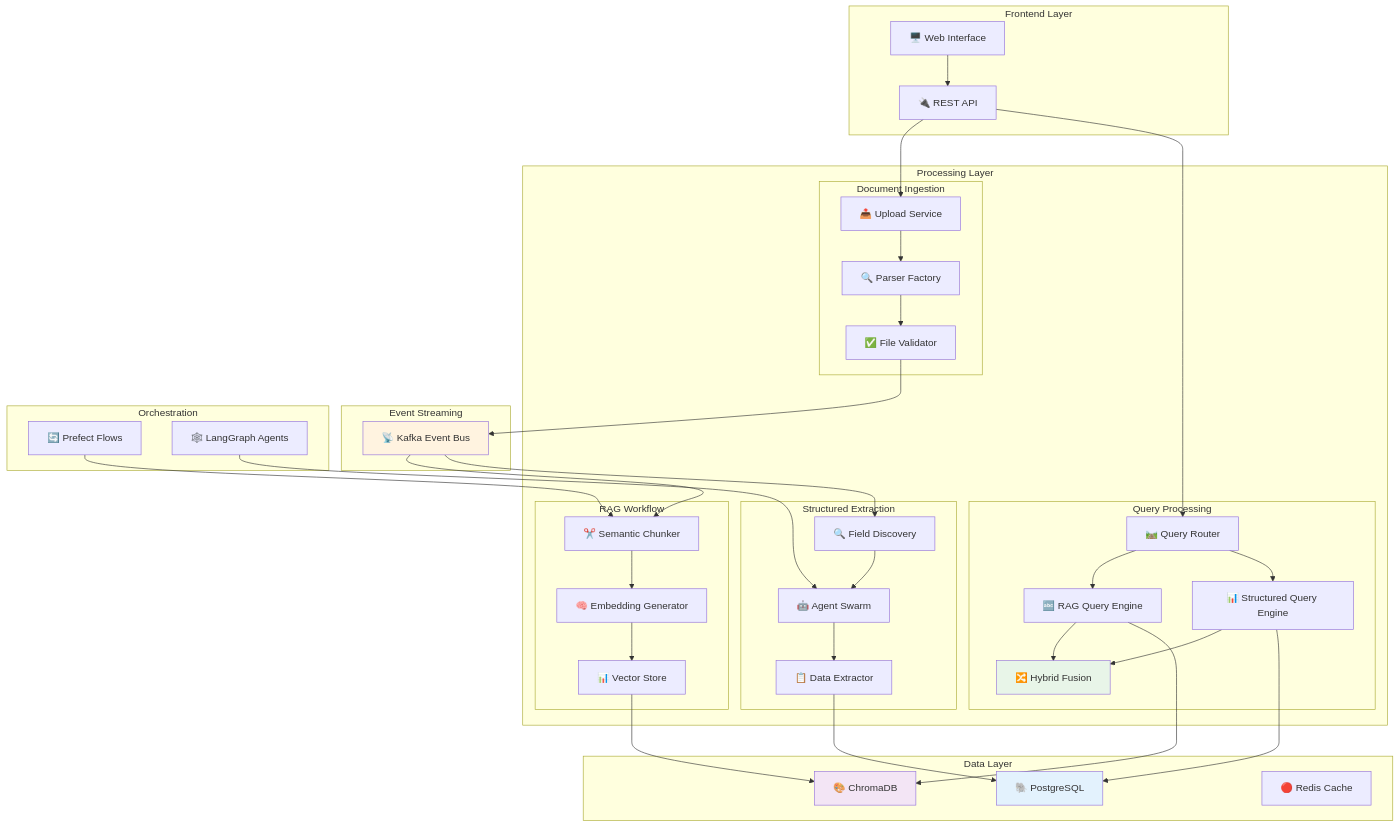
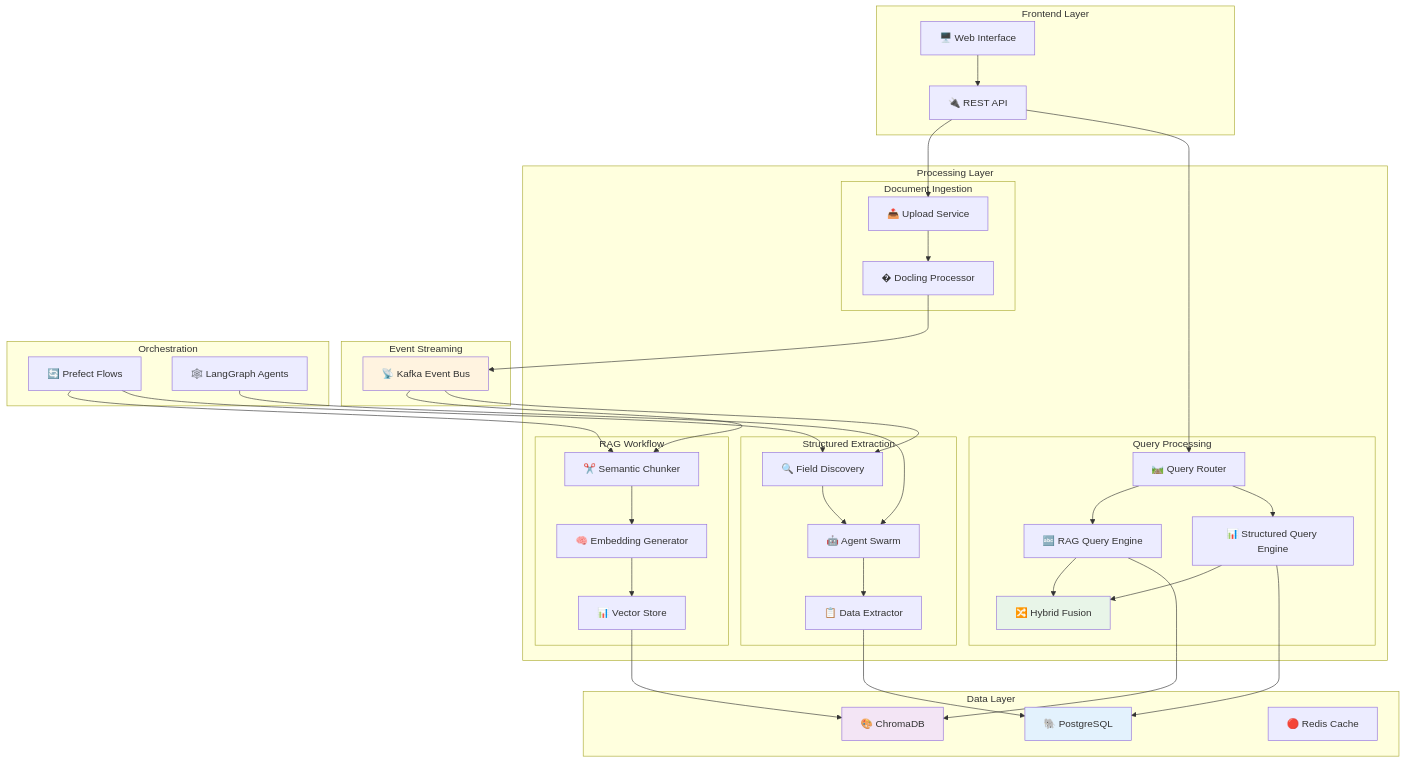
One commit to h19overflow/scaled_processing changed the second of 8 diagrams in README.md. Above: the diagram before and after it, drawn with Mermaid. The commit also changed other lines of this file and 13 other files, not shown here.

```diff
--- a/README.md
+++ b/README.md
@@ -67,8 +67,7 @@
     subgraph "Processing Layer"
         subgraph "Document Ingestion"
             UPLOAD[📤 Upload Service]
-            PARSER[🔍 Parser Factory]
-            VALIDATOR[✅ File Validator]
+            PARSER[�️ Docling Processor]
         end
         
         subgraph "RAG Workflow"
@@ -109,8 +108,7 @@
     UI --> API
     API --> UPLOAD
     UPLOAD --> PARSER
-    PARSER --> VALIDATOR
-    VALIDATOR --> KAFKA
+    PARSER --> KAFKA
     
     KAFKA --> CHUNK
     KAFKA --> FIELD
@@ -133,6 +131,7 @@
     STRUCT_Q --> POSTGRES
     
     PREFECT --> CHUNK
+    PREFECT --> FIELD
     LANGGRAPH --> AGENT
     
     style KAFKA fill:#fff3e0
```
